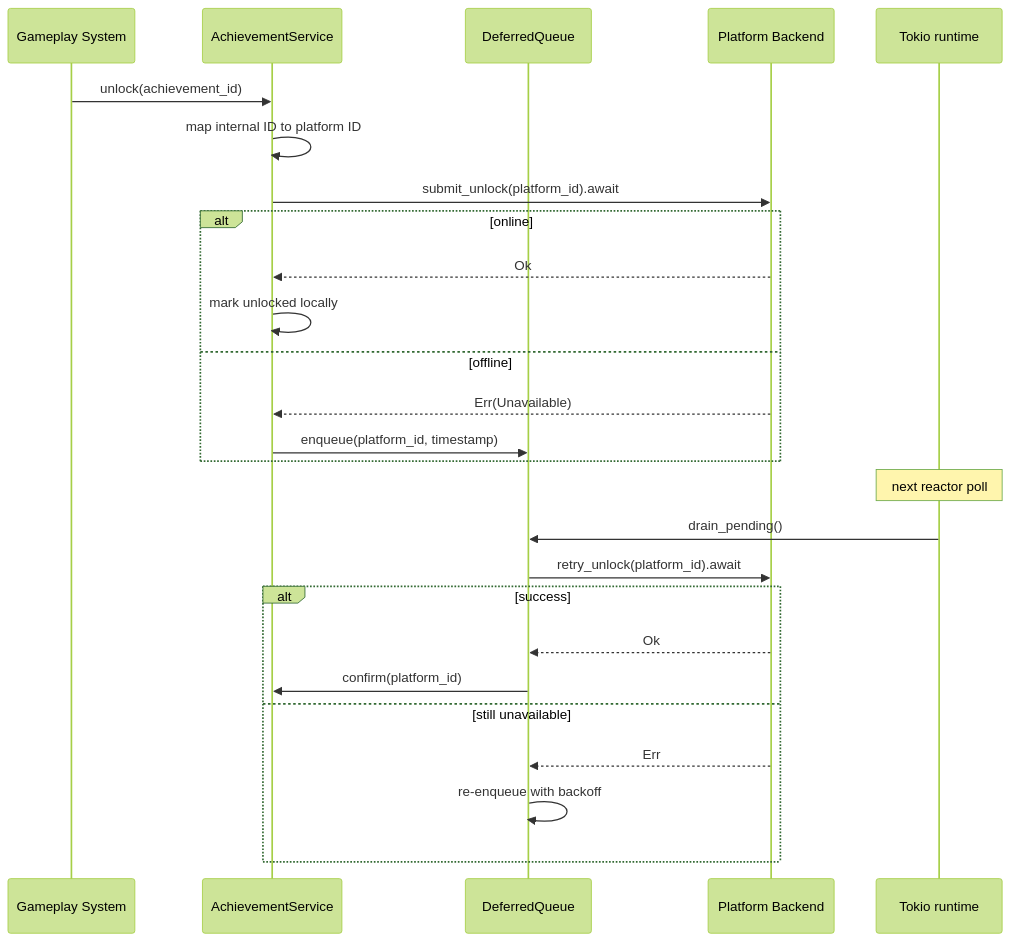
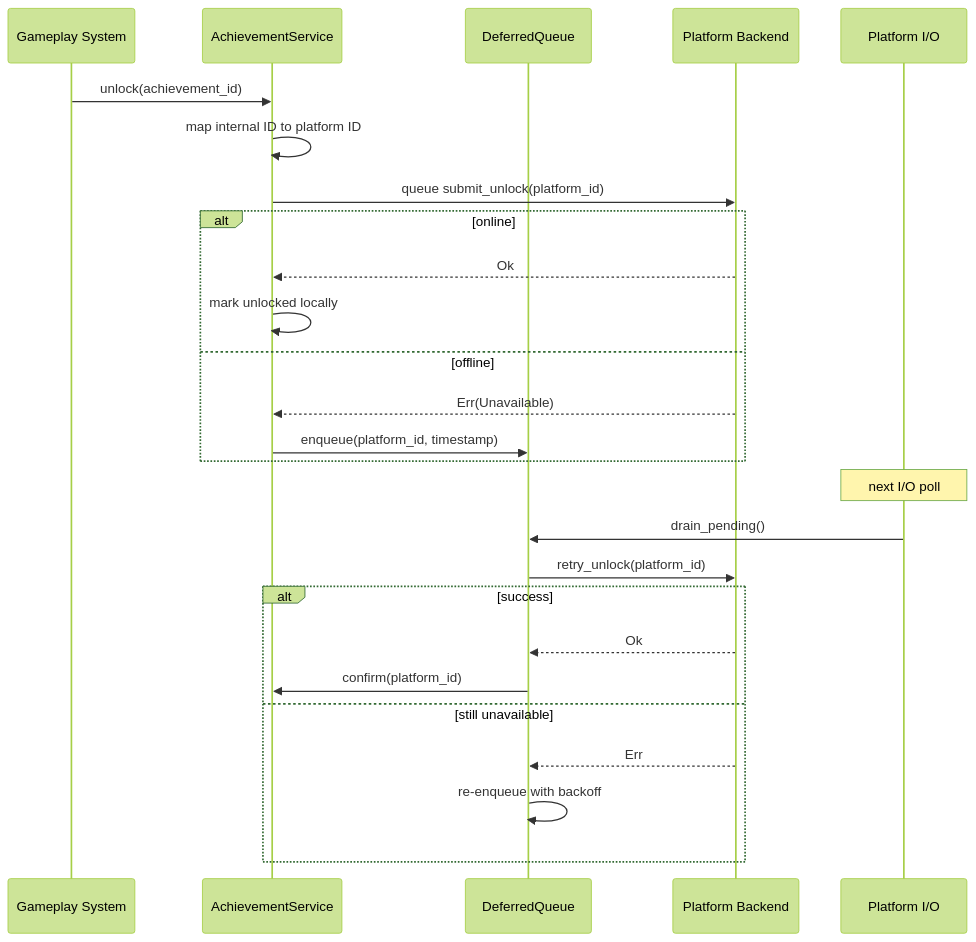
The fifth of 7 diagrams in docs/design/platform/platform-services.md (harmonius-dev/harmonius), drawn with Mermaid (forest theme) before and after one commit. The commit also changed other lines of this file and 174 other files, not shown here.

````diff
--- a/docs/design/platform/platform-services.md
+++ b/docs/design/platform/platform-services.md
@@ -2201,30 +2369,30 @@
 ```mermaid
 sequenceDiagram
     participant G as Gameplay System
     participant ACH as AchievementService
     participant Q as DeferredQueue
     participant BE as Platform Backend
-    participant IO as Tokio runtime
+    participant IO as Platform I/O
 
     G->>ACH: unlock(achievement_id)
     ACH->>ACH: map internal ID to platform ID
-    ACH->>BE: submit_unlock(platform_id).await
+    ACH->>BE: queue submit_unlock(platform_id)
     alt online
         BE-->>ACH: Ok
         ACH->>ACH: mark unlocked locally
     else offline
         BE-->>ACH: Err(Unavailable)
         ACH->>Q: enqueue(platform_id, timestamp)
     end
 
-    Note over IO: next reactor poll
+    Note over IO: next I/O poll
     IO->>Q: drain_pending()
-    Q->>BE: retry_unlock(platform_id).await
+    Q->>BE: retry_unlock(platform_id)
     alt success
         BE-->>Q: Ok
         Q->>ACH: confirm(platform_id)
     else still unavailable
         BE-->>Q: Err
         Q->>Q: re-enqueue with backoff
     end
 ```
````
